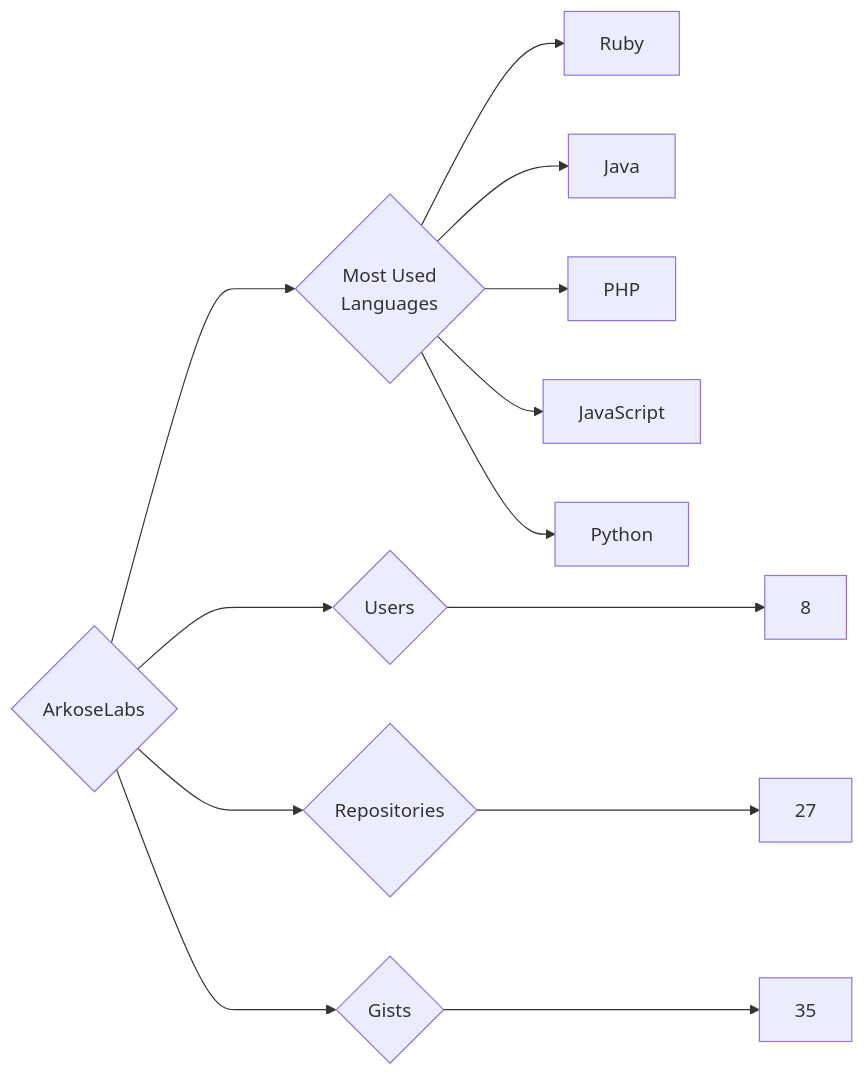
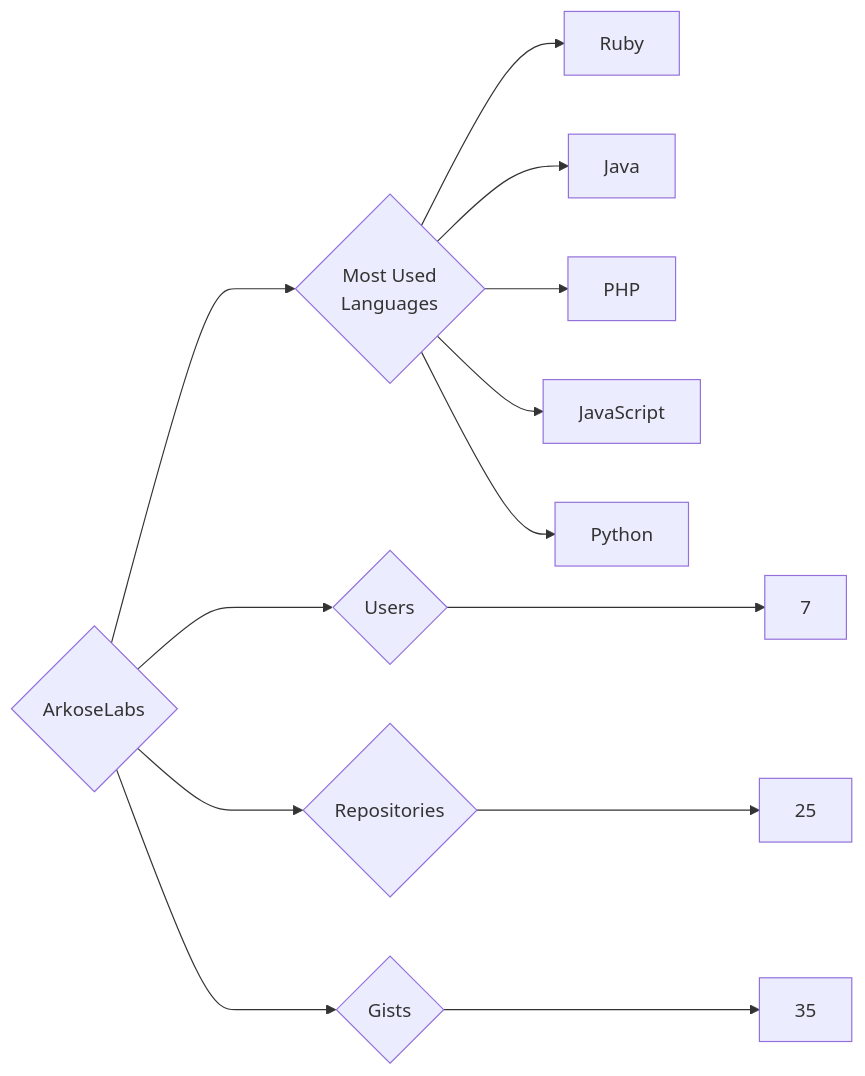
Before and after one commit to trickest/insiders: the diagram in targets/ArkoseLabs/README.md, drawn with Mermaid. The commit also changed 1030 other files, not shown here.

````diff
--- a/targets/ArkoseLabs/README.md
+++ b/targets/ArkoseLabs/README.md
@@ -3,13 +3,13 @@
 ```mermaid
 graph LR
 COMPANY_NAME{ArkoseLabs}
-COMPANY_NAME ---> U{Users} ---> UN[8]
-COMPANY_NAME ---> R{Repositories} ---> RN[27]
+COMPANY_NAME ---> U{Users} ---> UN[7]
+COMPANY_NAME ---> R{Repositories} ---> RN[25]
 COMPANY_NAME ---> G{Gists} ---> GN[35]
 COMPANY_NAME ---> ML{Most Used<br>Languages}
 ML --> Ruby[Ruby]
 ML --> Java[Java]
 ML --> PHP[PHP]
 ML --> JavaScript[JavaScript]
 ML --> Python[Python]
 ```
````
